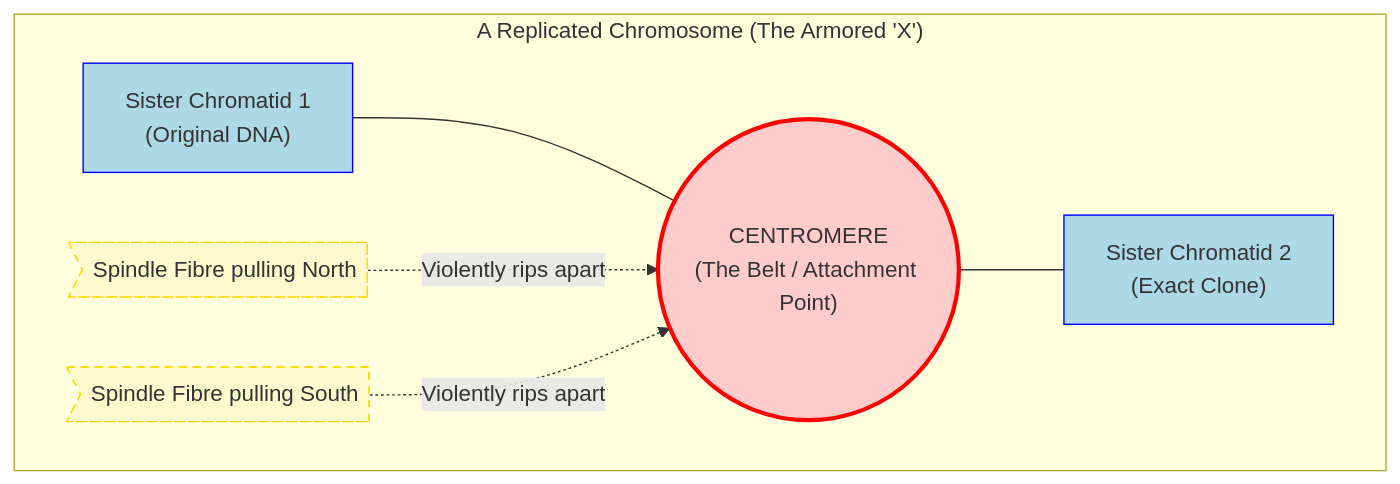
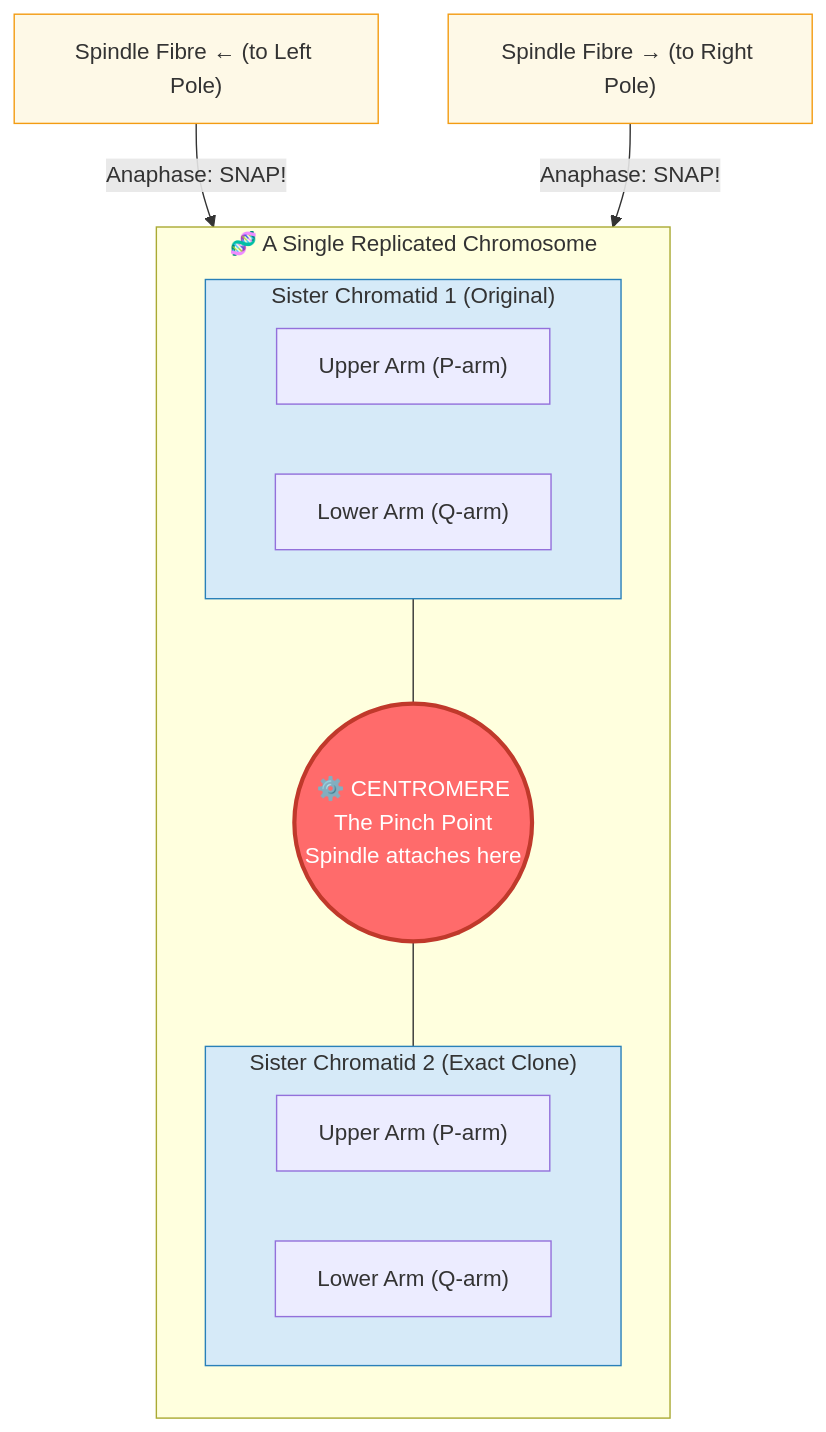
The first of 5 diagrams in Chapter_02_Tutorial/2.3_Structure_of_Chromosomes.md (naveengarla/icse-10th-biology), drawn with Mermaid before and after one commit. The commit also changed other lines of this file, not shown here.

Commit message:
Complete visual overhaul of 2.3 with 4 Mermaid diagrams (anatomy, packing, base pairing, replication)

````diff
--- a/Chapter_02_Tutorial/2.3_Structure_of_Chromosomes.md
+++ b/Chapter_02_Tutorial/2.3_Structure_of_Chromosomes.md
@@ -9,25 +13,35 @@
 ```mermaid
 graph TD
-    subgraph Chromosome ["A Replicated Chromosome (The Armored 'X')"]
-        direction LR
+    subgraph CHROMOSOME ["🧬 A Single Replicated Chromosome"]
+        direction TB
         
-        Chromatid1["Sister Chromatid 1<br>(Original DNA)"]
-        Chromatid2["Sister Chromatid 2<br>(Exact Clone)"]
-        Centromere(("CENTROMERE<br>(The Belt / Attachment Point)"))
-        
-        Spindle1>Spindle Fibre pulling North]
-        Spindle2>Spindle Fibre pulling South]
-        
-        Chromatid1 --- Centromere
-        Centromere --- Chromatid2
-        
-        Spindle1 -.->|Violently rips apart| Centromere
-        Spindle2 -.->|Violently rips apart| Centromere
+        subgraph ARM1 ["Sister Chromatid 1 (Original)"]
+            C1_top["Upper Arm (P-arm)"]
+            C1_bot["Lower Arm (Q-arm)"]
+        end
+
+        CEN(("⚙️ CENTROMERE
+        The Pinch Point
+        Spindle attaches here"))
+
+        subgraph ARM2 ["Sister Chromatid 2 (Exact Clone)"]
+            C2_top["Upper Arm (P-arm)"]
+            C2_bot["Lower Arm (Q-arm)"]
+        end
+
+        ARM1 --- CEN
+        CEN --- ARM2
     end
-    
-    style Centromere fill:#ffcccb,stroke:#ff0000,stroke-width:3px
-    style Chromatid1 fill:#add8e6,stroke:#0000ff
-    style Chromatid2 fill:#add8e6,stroke:#0000ff
-    style Spindle1 fill:#fffacd,stroke:#ffd700,stroke-dasharray: 5 5
-    style Spindle2 fill:#fffacd,stroke:#ffd700,stroke-dasharray: 5 5
+
+    SpindleL["Spindle Fibre ← (to Left Pole)"]
+    SpindleR["Spindle Fibre → (to Right Pole)"]
+
+    SpindleL -- "Anaphase: SNAP!" --> CEN
+    SpindleR -- "Anaphase: SNAP!" --> CEN
+
+    style CEN fill:#ff6b6b,color:#fff,stroke:#c0392b,stroke-width:3px
+    style ARM1 fill:#d6eaf8,stroke:#2980b9
+    style ARM2 fill:#d6eaf8,stroke:#2980b9
+    style SpindleL fill:#fef9e7,stroke:#f39c12
+    style SpindleR fill:#fef9e7,stroke:#f39c12
 ```
````
